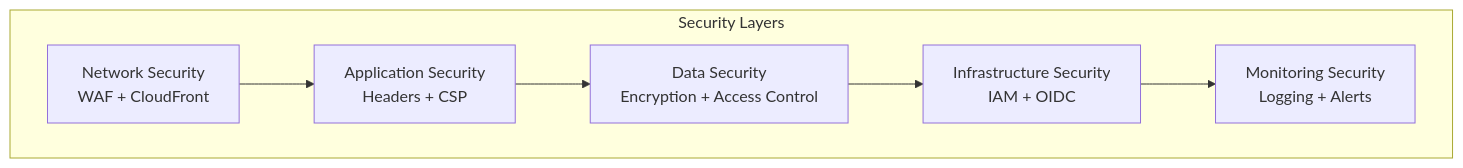
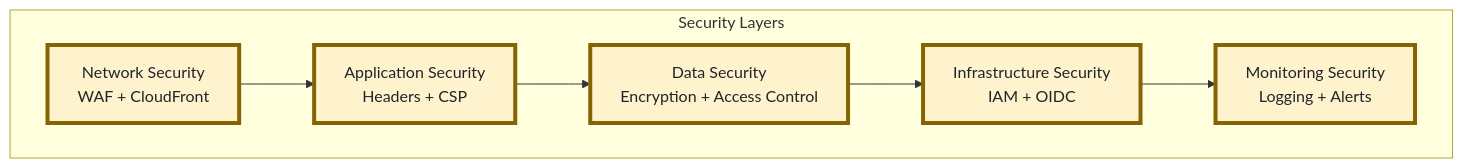
One commit to Celtikill/static-site changed the diagram in docs/security.md. Above: the diagram before and after it, drawn with Mermaid. The commit also changed 11 other files, not shown here.

````diff
--- a/docs/security.md
+++ b/docs/security.md
@@ -37,12 +37,21 @@
 ```mermaid
 graph TB
+    %% Accessibility
+    accTitle: Defense-in-Depth Security Layers
+    accDescr: Shows five security layers in sequence: Network Security (WAF and CloudFront), Application Security (Headers and CSP), Data Security (Encryption and Access Control), Infrastructure Security (IAM and OIDC), and Monitoring Security (Logging and Alerts). Each layer builds upon the previous one for comprehensive protection.
+    
     subgraph "Security Layers"
         L1[Network Security<br/>WAF + CloudFront]
         L2[Application Security<br/>Headers + CSP]
         L3[Data Security<br/>Encryption + Access Control]
         L4[Infrastructure Security<br/>IAM + OIDC]
         L5[Monitoring Security<br/>Logging + Alerts]
     end
     
     L1 --> L2 --> L3 --> L4 --> L5
+    
+    %% High-Contrast Styling for Accessibility
+    classDef layerBox fill:#fff3cd,stroke:#856404,stroke-width:4px,color:#212529
+    
+    class L1,L2,L3,L4,L5 layerBox
 ```
````
